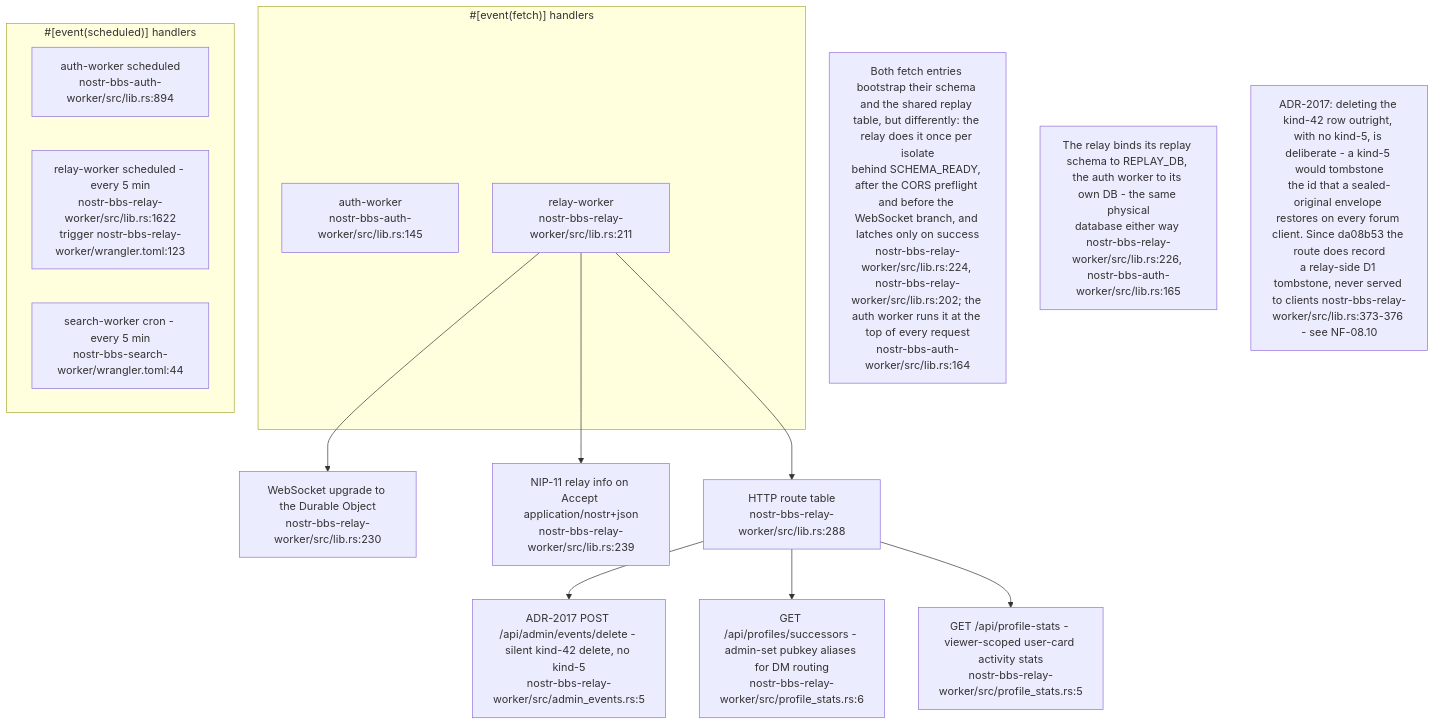
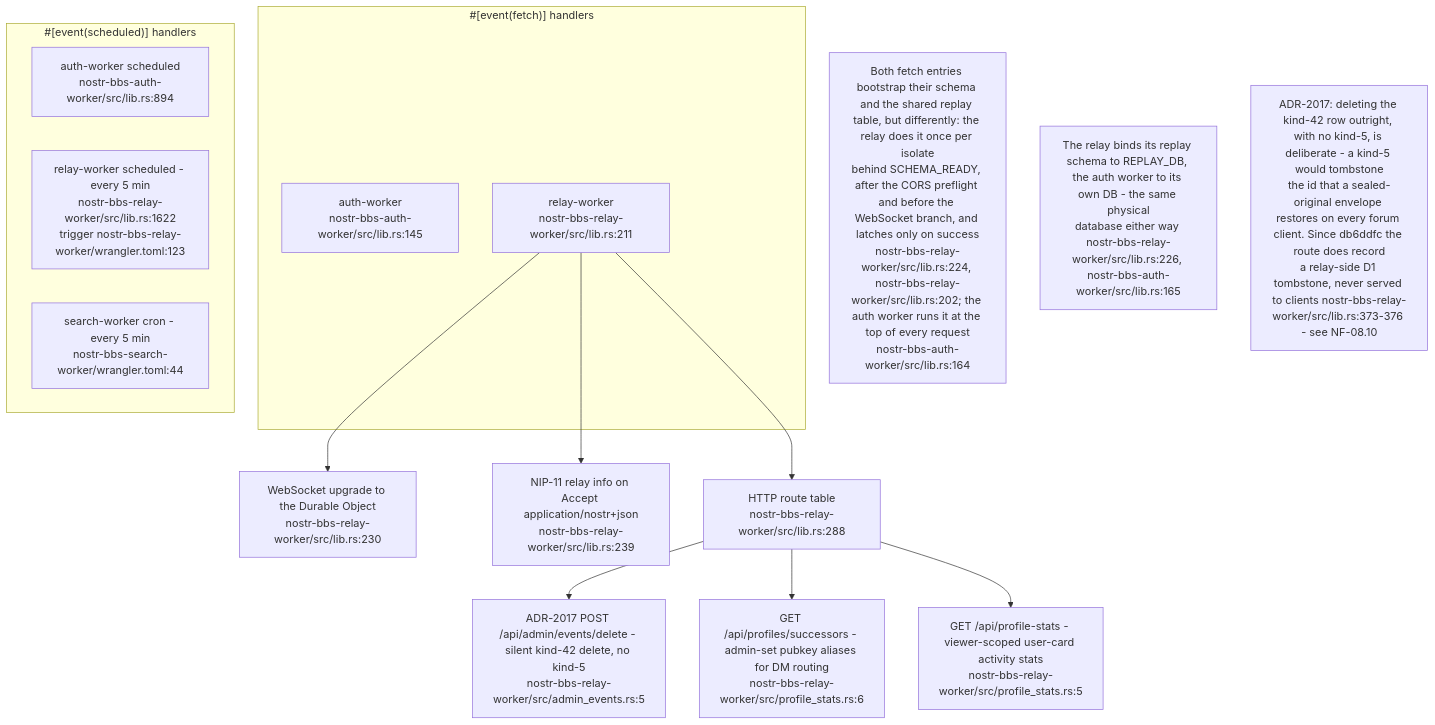
Before and after one commit to DreamLab-AI/VisionFlow: the third of 6 diagrams in docs/diagrams/nostr-rust-forum/01-workspace-and-worker-topology.md, drawn with Mermaid. The commit also changed 4 other files, not shown here.

Commit message:
docs(diagrams): correct commit attributions; mark kit O12/O13/O19 in NF-08.10; NF-07.2 title

````diff
--- a/docs/diagrams/nostr-rust-forum/01-workspace-and-worker-topology.md
+++ b/docs/diagrams/nostr-rust-forum/01-workspace-and-worker-topology.md
@@ -141,29 +141,29 @@
 ```mermaid
 flowchart TB
     subgraph fetchentry["#[event(fetch)] handlers"]
         A["auth-worker<br/>nostr-bbs-auth-worker/src/lib.rs:145"]
         R["relay-worker<br/>nostr-bbs-relay-worker/src/lib.rs:211"]
     end
     subgraph cronentry["#[event(scheduled)] handlers"]
         AC["auth-worker scheduled<br/>nostr-bbs-auth-worker/src/lib.rs:894"]
         RC["relay-worker scheduled - every 5 min<br/>nostr-bbs-relay-worker/src/lib.rs:1622<br/>trigger nostr-bbs-relay-worker/wrangler.toml:123"]
         SC["search-worker cron - every 5 min<br/>nostr-bbs-search-worker/wrangler.toml:44"]
     end
     WSUP["WebSocket upgrade to the Durable Object<br/>nostr-bbs-relay-worker/src/lib.rs:230"]
     NIP11["NIP-11 relay info on Accept application/nostr+json<br/>nostr-bbs-relay-worker/src/lib.rs:239"]
     HTTPR["HTTP route table<br/>nostr-bbs-relay-worker/src/lib.rs:288"]
     ADMDEL["ADR-2017 POST /api/admin/events/delete - silent kind-42 delete, no kind-5<br/>nostr-bbs-relay-worker/src/admin_events.rs:5"]
     SUCC["GET /api/profiles/successors - admin-set pubkey aliases for DM routing<br/>nostr-bbs-relay-worker/src/profile_stats.rs:6"]
     PSTATS["GET /api/profile-stats - viewer-scoped user-card activity stats<br/>nostr-bbs-relay-worker/src/profile_stats.rs:5"]
 
     R --> WSUP
     R --> NIP11
     R --> HTTPR
     HTTPR --> ADMDEL
     HTTPR --> SUCC
     HTTPR --> PSTATS
 
     N1["Both fetch entries bootstrap their schema and the shared replay table, but differently: the relay does it once per isolate<br/>behind SCHEMA_READY, after the CORS preflight and before the WebSocket branch, and latches only on success<br/>nostr-bbs-relay-worker/src/lib.rs:224, nostr-bbs-relay-worker/src/lib.rs:202; the auth worker runs it at the top of every request<br/>nostr-bbs-auth-worker/src/lib.rs:164"]
     N2["The relay binds its replay schema to REPLAY_DB, the auth worker to its own DB - the same physical<br/>database either way nostr-bbs-relay-worker/src/lib.rs:226, nostr-bbs-auth-worker/src/lib.rs:165"]
-    N3["ADR-2017: deleting the kind-42 row outright, with no kind-5, is deliberate - a kind-5 would tombstone<br/>the id that a sealed-original envelope restores on every forum client. Since da08b53 the route does record<br/>a relay-side D1 tombstone, never served to clients nostr-bbs-relay-worker/src/lib.rs:373-376 - see NF-08.10"]
+    N3["ADR-2017: deleting the kind-42 row outright, with no kind-5, is deliberate - a kind-5 would tombstone<br/>the id that a sealed-original envelope restores on every forum client. Since db6ddfc the route does record<br/>a relay-side D1 tombstone, never served to clients nostr-bbs-relay-worker/src/lib.rs:373-376 - see NF-08.10"]
 ```
````
